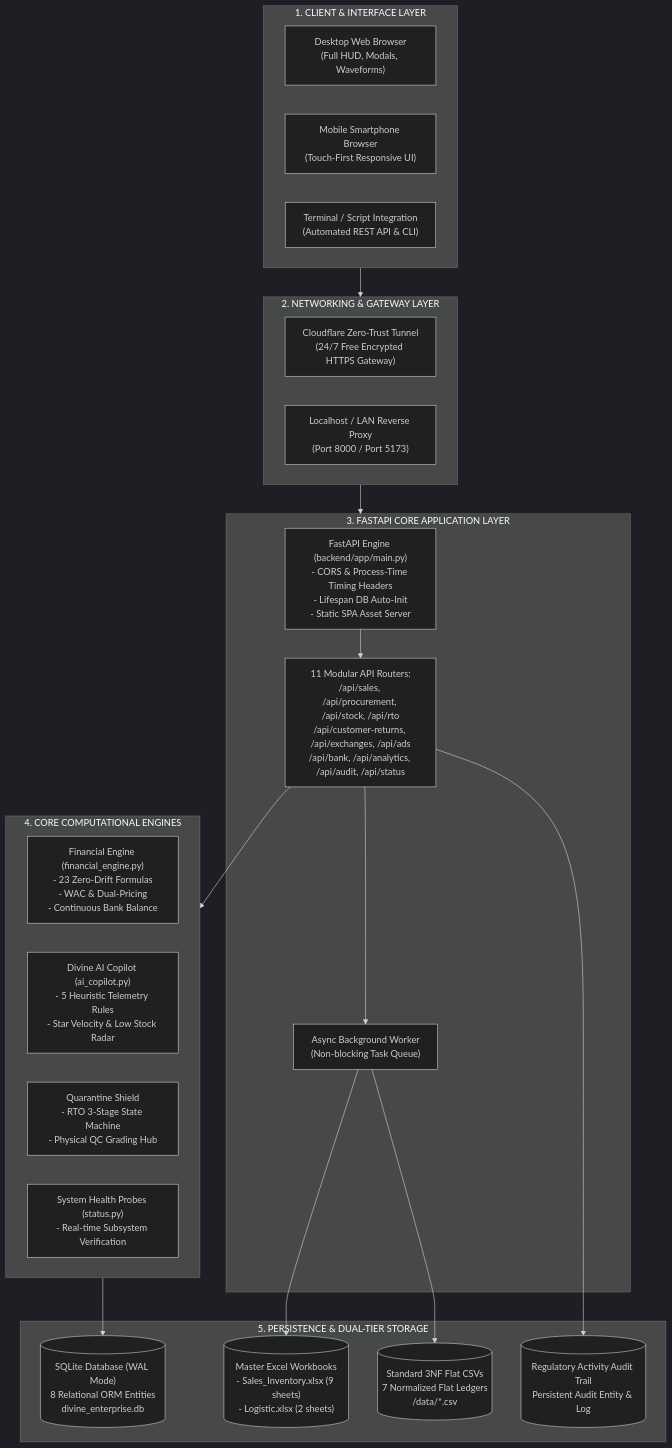
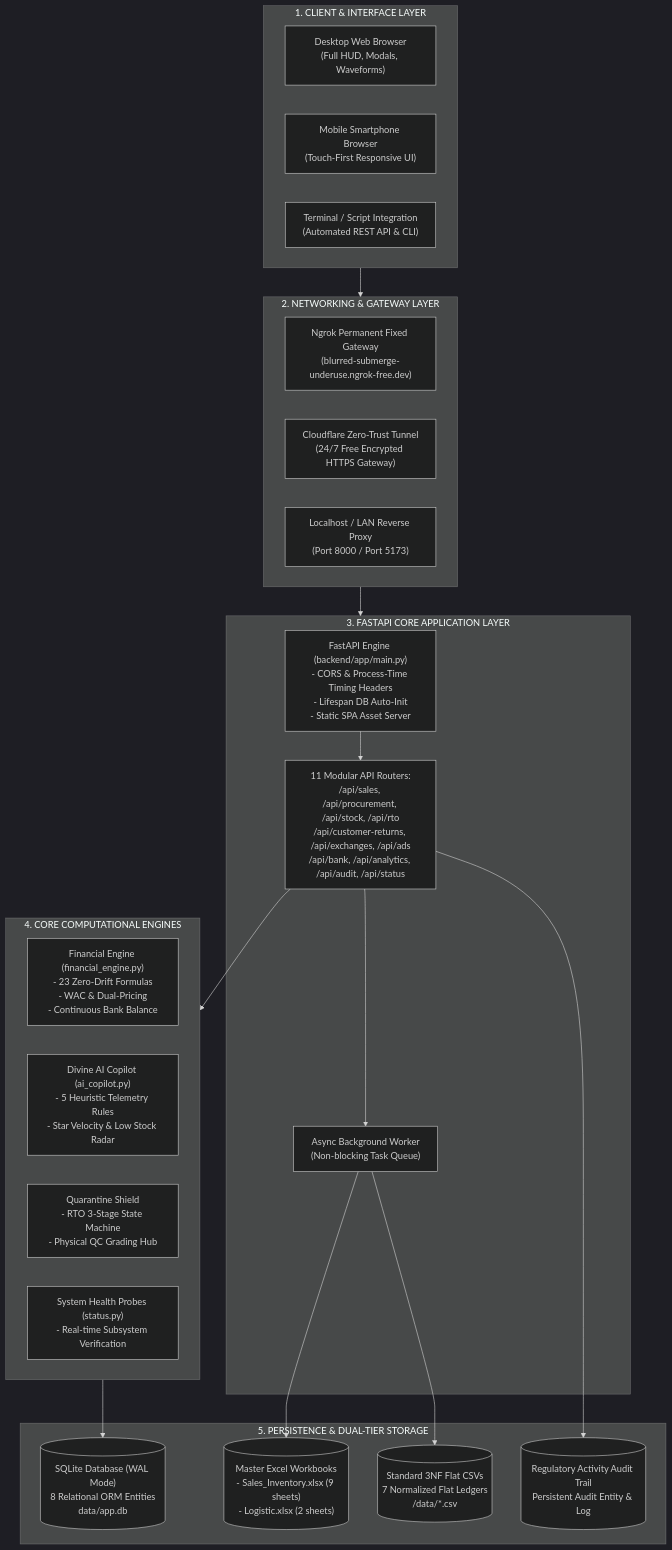
Before and after one commit to vaibhavkundu123/divine-enterprise-erp: the first of 5 diagrams in README.md, drawn with Mermaid (dark theme). The commit also changed other lines of this file and 26 other files, not shown here.

````diff
--- a/README.md
+++ b/README.md
@@ -187,43 +191,44 @@
 ```mermaid
 graph TB
     subgraph Clients ["1. CLIENT & INTERFACE LAYER"]
         DesktopHUD["Desktop Web Browser\n(Full HUD, Modals, Waveforms)"]
         MobileHUD["Mobile Smartphone Browser\n(Touch-First Responsive UI)"]
         TerminalCLI["Terminal / Script Integration\n(Automated REST API & CLI)"]
     end
 
     subgraph Gateway ["2. NETWORKING & GATEWAY LAYER"]
+        Ngrok["Ngrok Permanent Fixed Gateway\n(blurred-submerge-underuse.ngrok-free.dev)"]
         Cloudflare["Cloudflare Zero-Trust Tunnel\n(24/7 Free Encrypted HTTPS Gateway)"]
         LocalProxy["Localhost / LAN Reverse Proxy\n(Port 8000 / Port 5173)"]
     end
 
     subgraph ApplicationLayer ["3. FASTAPI CORE APPLICATION LAYER"]
         MainApp["FastAPI Engine (backend/app/main.py)\n- CORS & Process-Time Timing Headers\n- Lifespan DB Auto-Init\n- Static SPA Asset Server"]
         Routers["11 Modular API Routers:\n/api/sales, /api/procurement, /api/stock, /api/rto\n/api/customer-returns, /api/exchanges, /api/ads\n/api/bank, /api/analytics, /api/audit, /api/status"]
         BackgroundSync["Async Background Worker\n(Non-blocking Task Queue)"]
     end
 
     subgraph CoreEngines ["4. CORE COMPUTATIONAL ENGINES"]
         FinEngine["Financial Engine (financial_engine.py)\n- 23 Zero-Drift Formulas\n- WAC & Dual-Pricing\n- Continuous Bank Balance"]
         AICopilot["Divine AI Copilot (ai_copilot.py)\n- 5 Heuristic Telemetry Rules\n- Star Velocity & Low Stock Radar"]
         ReverseShield["Quarantine Shield\n- RTO 3-Stage State Machine\n- Physical QC Grading Hub"]
         DiagnosticsEngine["System Health Probes (status.py)\n- Real-time Subsystem Verification"]
     end
 
     subgraph PersistenceLayer ["5. PERSISTENCE & DUAL-TIER STORAGE"]
-        SQLiteDB[("SQLite Database (WAL Mode)\n8 Relational ORM Entities\ndivine_enterprise.db")]
+        SQLiteDB[("SQLite Database (WAL Mode)\n8 Relational ORM Entities\ndata/app.db")]
         MasterExcel[("Master Excel Workbooks\n- Sales_Inventory.xlsx (9 sheets)\n- Logistic.xlsx (2 sheets)")]
         CSVLedgers[("Standard 3NF Flat CSVs\n7 Normalized Flat Ledgers\n/data/*.csv")]
         AuditStore[("Regulatory Activity Audit Trail\nPersistent Audit Entity & Log")]
     end
 
     Clients --> Gateway
     Gateway --> ApplicationLayer
     MainApp --> Routers
     Routers --> CoreEngines
     Routers --> BackgroundSync
     CoreEngines --> SQLiteDB
     BackgroundSync --> MasterExcel
     BackgroundSync --> CSVLedgers
     Routers --> AuditStore
 ```
````
